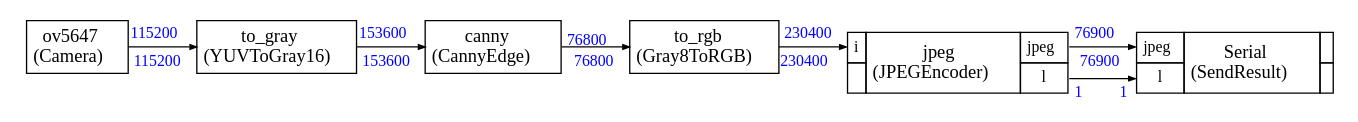
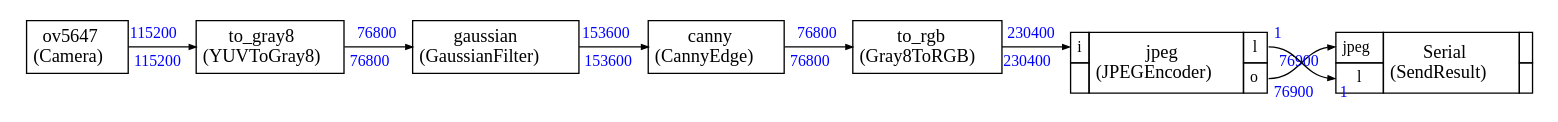
Before and after one commit to xavierbrgt/Seeed_Grove_Vision_AI_Module_V2: the diagram in EPII_CM55M_APP_S/app/scenario_app/cmsis_stream_app/pre_schedule_cv.dot, drawn with Graphviz. The commit also changed 51 other files, not shown here.

```diff
--- a/EPII_CM55M_APP_S/app/scenario_app/cmsis_stream_app/pre_schedule_cv.dot
+++ b/EPII_CM55M_APP_S/app/scenario_app/cmsis_stream_app/pre_schedule_cv.dot
@@ -1,112 +1,125 @@
 
 
 
 
 digraph structs {
     bgcolor = "white"
     node [shape=plaintext,color="black",fontcolor="black",fontname="Times-Roman"]
     rankdir=LR
     edge [arrowsize="0.5",color="black",fontcolor="black",fontname="Times-Roman"]
 
 
 
 ov5647 [label=<
 <TABLE color="black" bgcolor="none" BORDER="0" CELLBORDER="1" CELLSPACING="0" CELLPADDING="4">
   <TR>
     <TD ALIGN="CENTER" PORT="i"><FONT COLOR="black" POINT-SIZE="14.0">ov5647<BR/>(Camera)</FONT></TD>
   </TR>
 </TABLE>>];
 
-to_gray [label=<
+to_gray8 [label=<
 <TABLE color="black" bgcolor="none" BORDER="0" CELLBORDER="1" CELLSPACING="0" CELLPADDING="4">
   <TR>
-    <TD ALIGN="CENTER" PORT="i"><FONT COLOR="black" POINT-SIZE="14.0">to_gray<BR/>(YUVToGray16)</FONT></TD>
+    <TD ALIGN="CENTER" PORT="i"><FONT COLOR="black" POINT-SIZE="14.0">to_gray8<BR/>(YUVToGray8)</FONT></TD>
+  </TR>
+</TABLE>>];
+
+gaussian [label=<
+<TABLE color="black" bgcolor="none" BORDER="0" CELLBORDER="1" CELLSPACING="0" CELLPADDING="4">
+  <TR>
+    <TD ALIGN="CENTER" PORT="i"><FONT COLOR="black" POINT-SIZE="14.0">gaussian<BR/>(GaussianFilter)</FONT></TD>
   </TR>
 </TABLE>>];
 
 canny [label=<
 <TABLE color="black" bgcolor="none" BORDER="0" CELLBORDER="1" CELLSPACING="0" CELLPADDING="4">
   <TR>
     <TD ALIGN="CENTER" PORT="i"><FONT COLOR="black" POINT-SIZE="14.0">canny<BR/>(CannyEdge)</FONT></TD>
   </TR>
 </TABLE>>];
 
 to_rgb [label=<
 <TABLE color="black" bgcolor="none" BORDER="0" CELLBORDER="1" CELLSPACING="0" CELLPADDING="4">
   <TR>
     <TD ALIGN="CENTER" PORT="i"><FONT COLOR="black" POINT-SIZE="14.0">to_rgb<BR/>(Gray8ToRGB)</FONT></TD>
   </TR>
 </TABLE>>];
 
 
 jpeg [label=<
 <TABLE color="black" bgcolor="none" BORDER="0" CELLBORDER="1" CELLSPACING="0" CELLPADDING="4">
   <TR>
     <TD PORT="i"><FONT POINT-SIZE="12.0" COLOR="black">i</FONT></TD>
     <TD ALIGN="CENTER" ROWSPAN="2"><FONT COLOR="black" POINT-SIZE="14.0">jpeg<BR/>(JPEGEncoder)</FONT></TD>
-    <TD PORT="jpeg"><FONT POINT-SIZE="12.0" COLOR="black">jpeg</FONT></TD>
+    <TD PORT="l"><FONT POINT-SIZE="12.0" COLOR="black">l</FONT></TD>
   </TR>
 <TR>
  
 <TD></TD>
-<TD PORT="l"><FONT POINT-SIZE="12.0" COLOR="black">l</FONT></TD>
+<TD PORT="o"><FONT POINT-SIZE="12.0" COLOR="black">o</FONT></TD>
 </TR>
 
 </TABLE>>];
 
 
 Serial [label=<
 <TABLE color="black" bgcolor="none" BORDER="0" CELLBORDER="1" CELLSPACING="0" CELLPADDING="4">
   <TR>
     <TD PORT="jpeg"><FONT POINT-SIZE="12.0" COLOR="black">jpeg</FONT></TD>
     <TD ALIGN="CENTER" ROWSPAN="2"><FONT COLOR="black" POINT-SIZE="14.0">Serial<BR/>(SendResult)</FONT></TD>
     <TD></TD>
   </TR>
 <TR>
 <TD PORT="l"><FONT POINT-SIZE="12.0" COLOR="black">l</FONT></TD>
 
  
 <TD></TD></TR>
 
 </TABLE>>];
 
 
 
-ov5647:i -> to_gray:i [style="solid",color="black",label=""
+ov5647:i -> to_gray8:i [style="solid",color="black",label=""
 ,headlabel=<<TABLE BORDER="0" CELLPADDING="2"><TR><TD><FONT COLOR="blue" POINT-SIZE="12.0" >115200</FONT>
 </TD></TR></TABLE>>
 ,taillabel=<<TABLE BORDER="0" CELLPADDING="2"><TR><TD><FONT COLOR="blue" POINT-SIZE="12.0" >115200</FONT>
 </TD></TR></TABLE>>]
 
-to_gray:i -> canny:i [style="solid",color="black",label=""
+to_gray8:i -> gaussian:i [style="solid",color="black",label=""
+,headlabel=<<TABLE BORDER="0" CELLPADDING="2"><TR><TD><FONT COLOR="blue" POINT-SIZE="12.0" >76800</FONT>
+</TD></TR></TABLE>>
+,taillabel=<<TABLE BORDER="0" CELLPADDING="2"><TR><TD><FONT COLOR="blue" POINT-SIZE="12.0" >76800</FONT>
+</TD></TR></TABLE>>]
+
+gaussian:i -> canny:i [style="solid",color="black",label=""
 ,headlabel=<<TABLE BORDER="0" CELLPADDING="2"><TR><TD><FONT COLOR="blue" POINT-SIZE="12.0" >153600</FONT>
 </TD></TR></TABLE>>
 ,taillabel=<<TABLE BORDER="0" CELLPADDING="2"><TR><TD><FONT COLOR="blue" POINT-SIZE="12.0" >153600</FONT>
 </TD></TR></TABLE>>]
 
 canny:i -> to_rgb:i [style="solid",color="black",label=""
 ,headlabel=<<TABLE BORDER="0" CELLPADDING="2"><TR><TD><FONT COLOR="blue" POINT-SIZE="12.0" >76800</FONT>
 </TD></TR></TABLE>>
 ,taillabel=<<TABLE BORDER="0" CELLPADDING="2"><TR><TD><FONT COLOR="blue" POINT-SIZE="12.0" >76800</FONT>
 </TD></TR></TABLE>>]
 
 to_rgb:i -> jpeg:i [style="solid",color="black",label=""
 ,headlabel=<<TABLE BORDER="0" CELLPADDING="2"><TR><TD><FONT COLOR="blue" POINT-SIZE="12.0" >230400</FONT>
 </TD></TR></TABLE>>
 ,taillabel=<<TABLE BORDER="0" CELLPADDING="2"><TR><TD><FONT COLOR="blue" POINT-SIZE="12.0" >230400</FONT>
 </TD></TR></TABLE>>]
 
-jpeg:jpeg -> Serial:jpeg [style="solid",color="black",label=""
+jpeg:o -> Serial:jpeg [style="solid",color="black",label=""
 ,headlabel=<<TABLE BORDER="0" CELLPADDING="2"><TR><TD><FONT COLOR="blue" POINT-SIZE="12.0" >76900</FONT>
 </TD></TR></TABLE>>
 ,taillabel=<<TABLE BORDER="0" CELLPADDING="2"><TR><TD><FONT COLOR="blue" POINT-SIZE="12.0" >76900</FONT>
 </TD></TR></TABLE>>]
 
 jpeg:l -> Serial:l [style="solid",color="black",label=""
 ,headlabel=<<TABLE BORDER="0" CELLPADDING="2"><TR><TD><FONT COLOR="blue" POINT-SIZE="12.0" >1</FONT>
 </TD></TR></TABLE>>
 ,taillabel=<<TABLE BORDER="0" CELLPADDING="2"><TR><TD><FONT COLOR="blue" POINT-SIZE="12.0" >1</FONT>
 </TD></TR></TABLE>>]
 
 
 }
```
